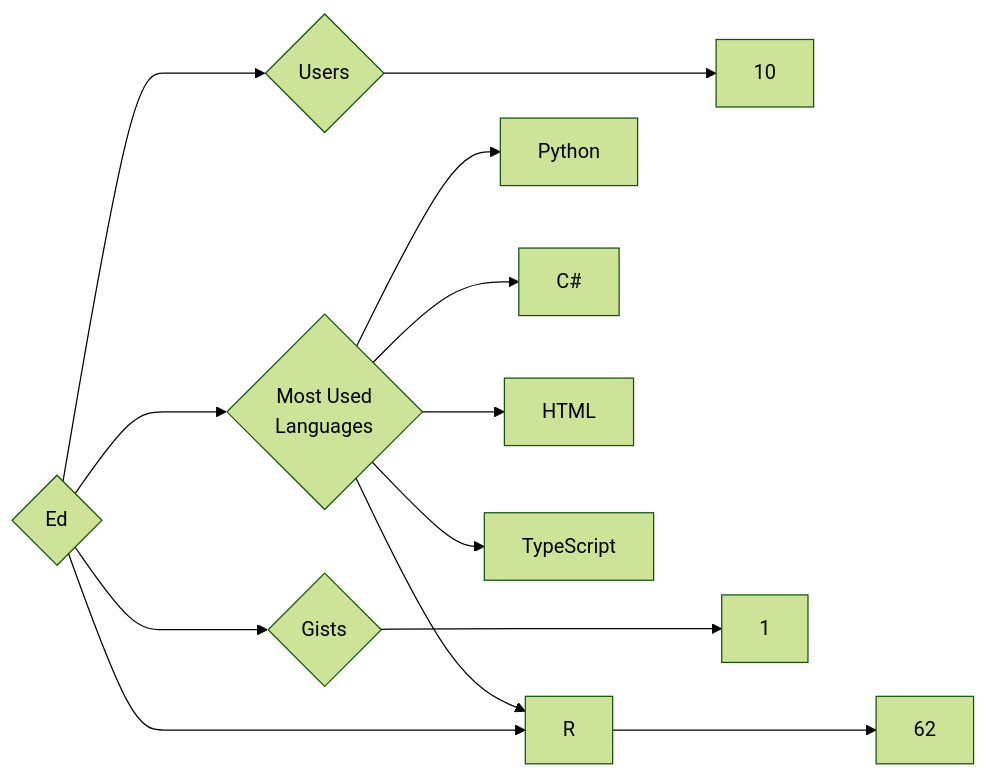
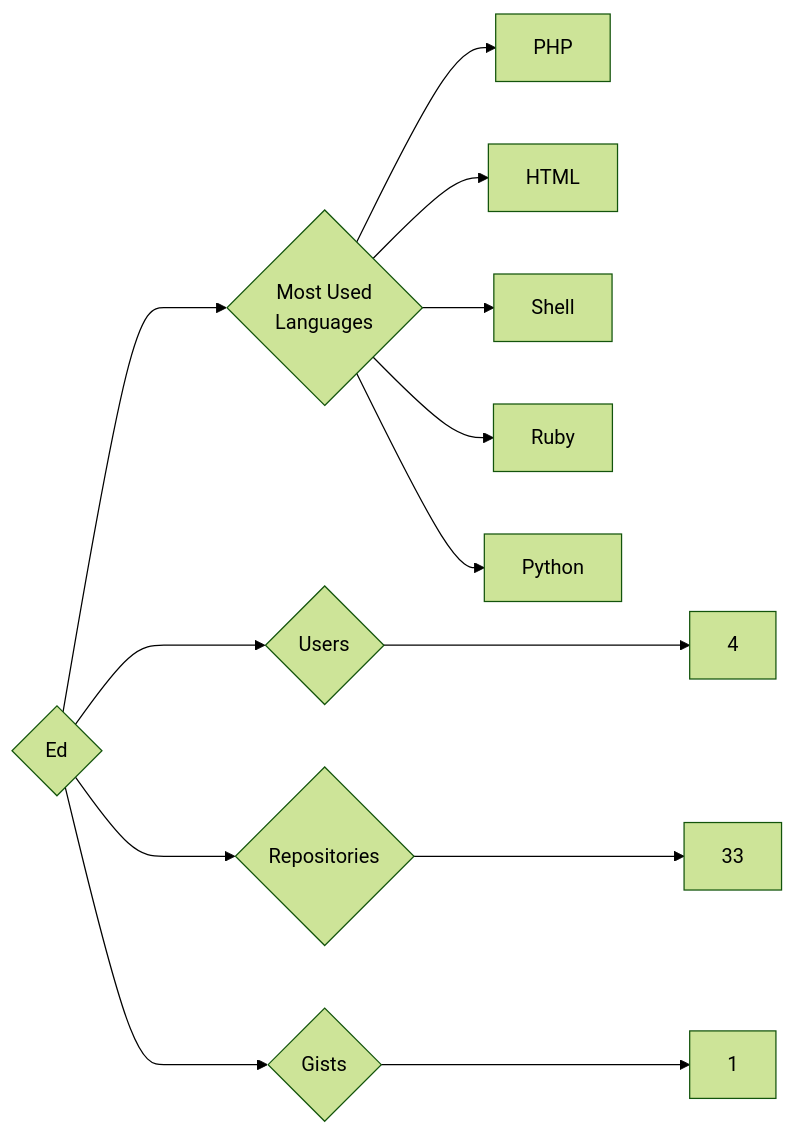
Before and after one commit to trickest/insiders: the diagram in targets/Ed/README.md, drawn with Mermaid (forest theme). The commit also changed 724 other files, not shown here.

````diff
--- a/targets/Ed/README.md
+++ b/targets/Ed/README.md
@@ -3,13 +3,13 @@
 ```mermaid
 graph LR
 COMPANY_NAME{Ed}
-COMPANY_NAME ---> U{Users} ---> UN[10]
-COMPANY_NAME ---> R{Repositories} ---> RN[62]
+COMPANY_NAME ---> U{Users} ---> UN[4]
+COMPANY_NAME ---> R{Repositories} ---> RN[33]
 COMPANY_NAME ---> G{Gists} ---> GN[1]
 COMPANY_NAME ---> ML{Most Used<br>Languages}
+ML --> PHP[PHP]
+ML --> HTML[HTML]
+ML --> Shell[Shell]
+ML --> Ruby[Ruby]
 ML --> Python[Python]
-ML --> C#[C#]
-ML --> R[R]
-ML --> HTML[HTML]
-ML --> TypeScript[TypeScript]
 ```
````
